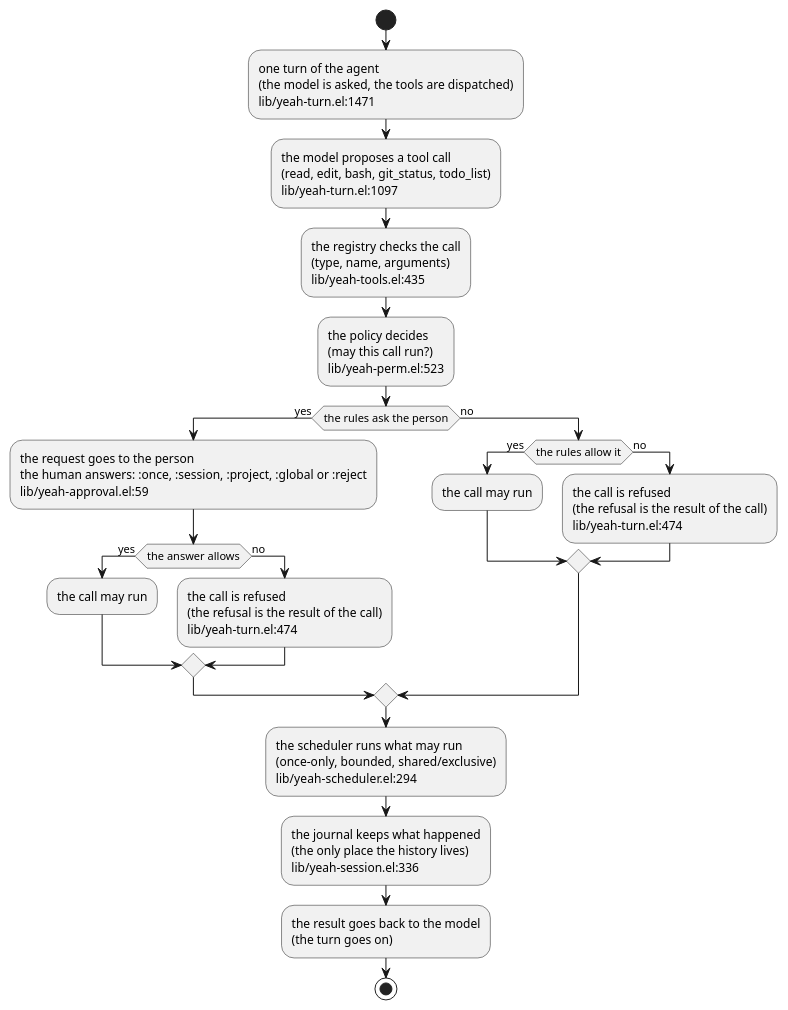
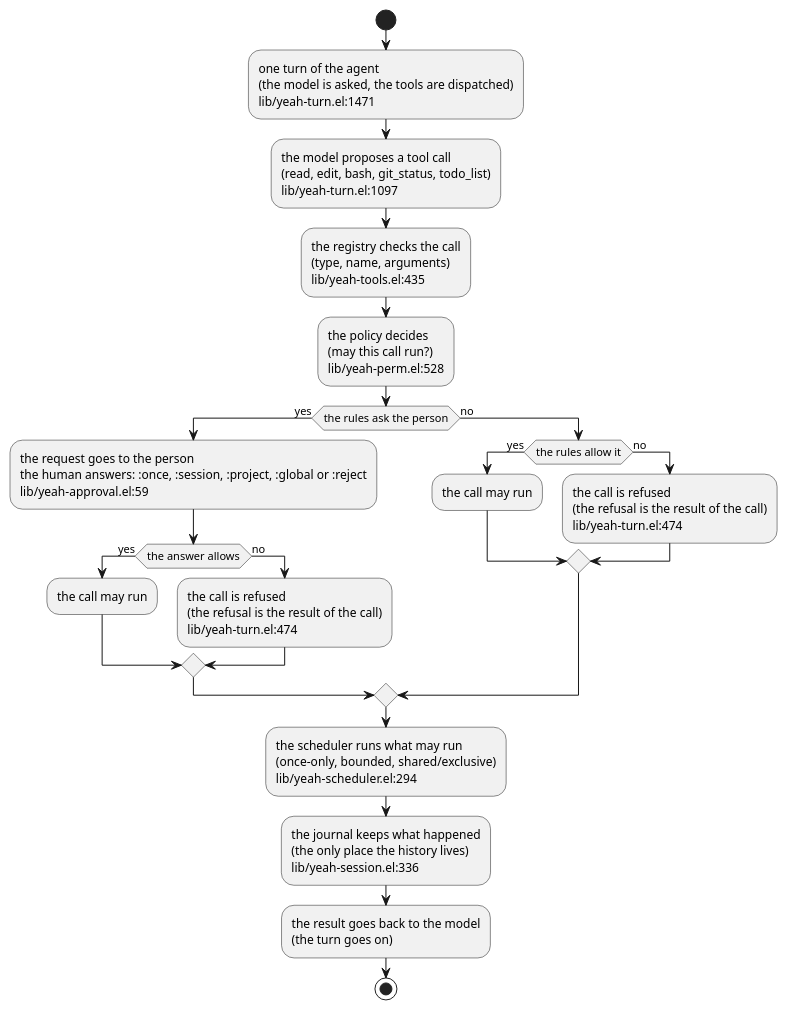
Before and after one commit to 11111000000/yeah: the diagram in site/diagrams/one-turn.puml, drawn with PlantUML. The commit also changed 26 other files, not shown here.

```diff
--- a/site/diagrams/one-turn.puml
+++ b/site/diagrams/one-turn.puml
@@ -1,56 +1,56 @@
 @startuml one-turn
 ' One turn of the agent loop, end to end.
 '
 ' The model proposes a call of a tool; the registry checks the call; the
 ' policy decides whether the call may run; the person answers when the rules
 ' ask; the scheduler runs what may run; the journal keeps what happened; the
 ' result goes back to the model and the turn goes on.
 '
 ' The model proposes and does not decide: the registry and the policy decide
 ' what may run, and the journal is the only place where the history lives.
 '
 ' Every block that asserts something about the code names the files that
 ' implement it, as `file:line'.  The names of the tools are the names the
 ' model calls them by.
 
 start
 :one turn of the agent
 (the model is asked, the tools are dispatched)
 lib/yeah-turn.el:1471;
 :the model proposes a tool call
 (read, edit, bash, git_status, todo_list)
 lib/yeah-turn.el:1097;
 :the registry checks the call
 (type, name, arguments)
 lib/yeah-tools.el:435;
 :the policy decides
 (may this call run?)
-lib/yeah-perm.el:523;
+lib/yeah-perm.el:528;
 if (the rules ask the person) then (yes)
   :the request goes to the person\nthe human answers: :once, :session, :project, :global or :reject\nlib/yeah-approval.el:59;
   if (the answer allows) then (yes)
     :the call may run;
   else (no)
     :the call is refused
     (the refusal is the result of the call)
     lib/yeah-turn.el:474;
   endif
 else (no)
   if (the rules allow it) then (yes)
     :the call may run;
   else (no)
     :the call is refused
     (the refusal is the result of the call)
     lib/yeah-turn.el:474;
   endif
 endif
 :the scheduler runs what may run
 (once-only, bounded, shared/exclusive)
 lib/yeah-scheduler.el:294;
 :the journal keeps what happened
 (the only place the history lives)
 lib/yeah-session.el:336;
 :the result goes back to the model
 (the turn goes on);
 stop
 @enduml
```
